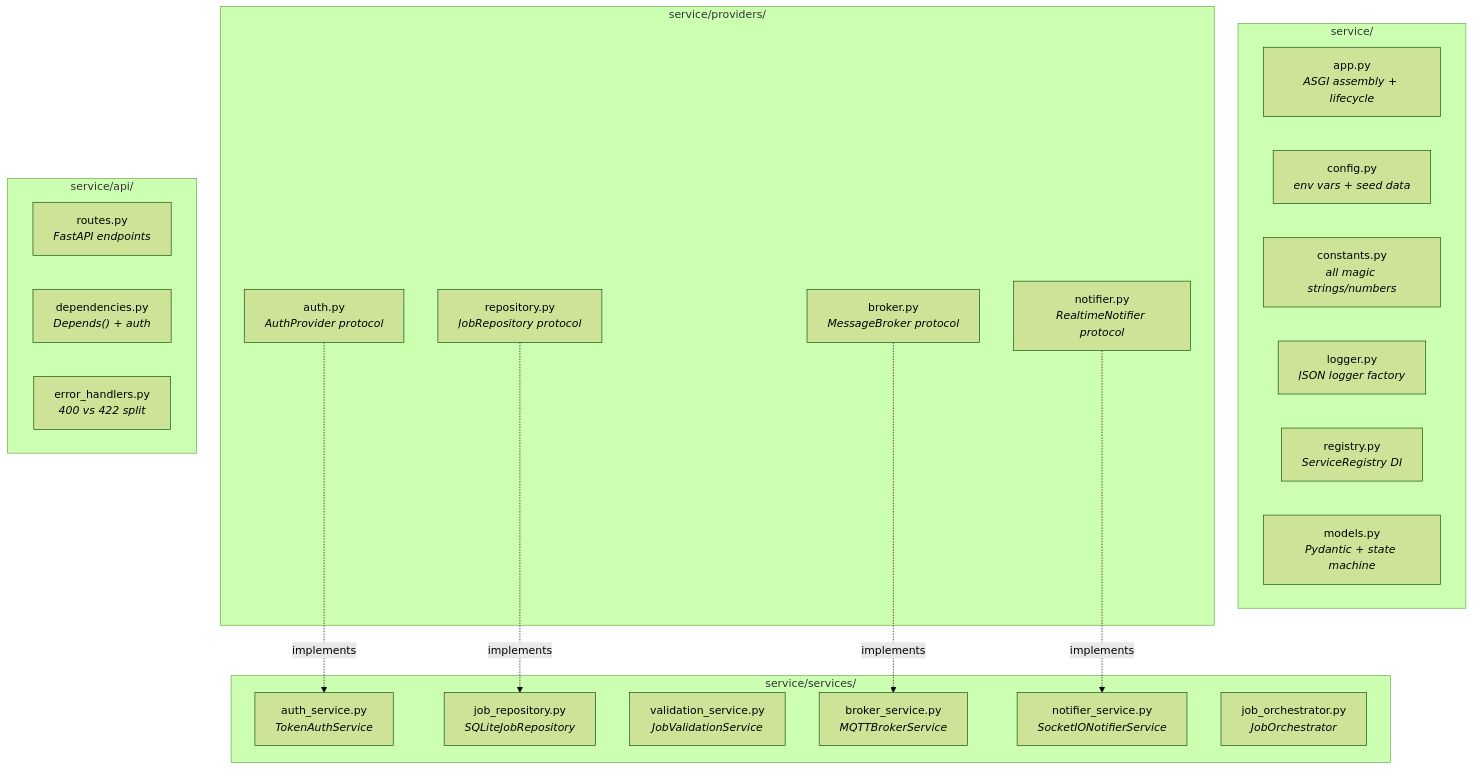
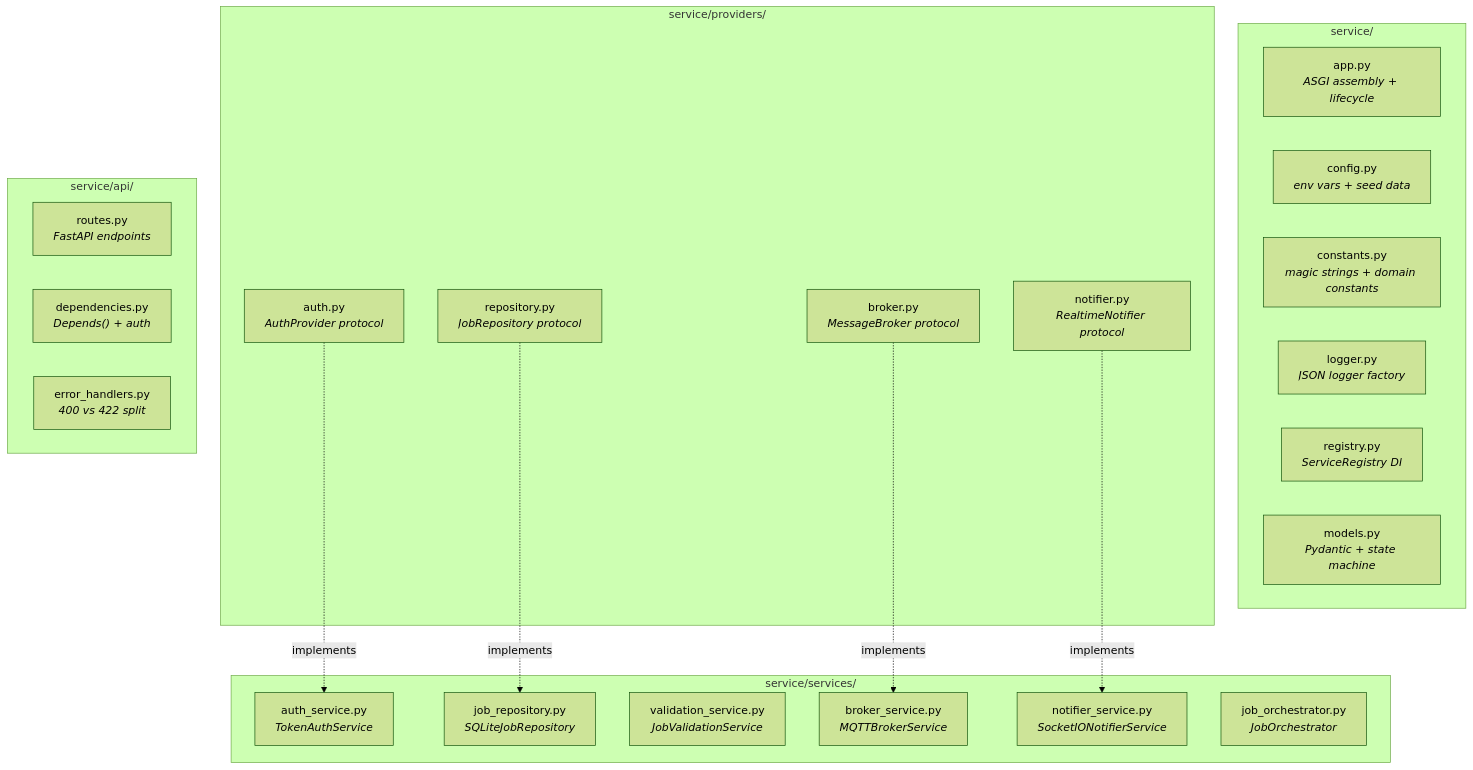
Before and after one commit to humzakt/KAD-Backend-Test-HumzaTareen: the fifth of 5 diagrams in README.md, drawn with Mermaid (forest theme). The commit also changed other lines of this file, not shown here.

````diff
--- a/README.md
+++ b/README.md
@@ -217,38 +219,38 @@
 ```mermaid
 graph TD
     subgraph "service/"
         APP["app.py<br/><i>ASGI assembly + lifecycle</i>"]
         CFG["config.py<br/><i>env vars + seed data</i>"]
-        CONST["constants.py<br/><i>all magic strings/numbers</i>"]
+        CONST["constants.py<br/><i>magic strings + domain constants</i>"]
         LOG["logger.py<br/><i>JSON logger factory</i>"]
         REG2["registry.py<br/><i>ServiceRegistry DI</i>"]
         MOD["models.py<br/><i>Pydantic + state machine</i>"]
     end
 
     subgraph "service/providers/"
         PA["auth.py<br/><i>AuthProvider protocol</i>"]
         PR["repository.py<br/><i>JobRepository protocol</i>"]
         PB["broker.py<br/><i>MessageBroker protocol</i>"]
         PN["notifier.py<br/><i>RealtimeNotifier protocol</i>"]
     end
 
     subgraph "service/services/"
         SA["auth_service.py<br/><i>TokenAuthService</i>"]
         SR["job_repository.py<br/><i>SQLiteJobRepository</i>"]
         SV["validation_service.py<br/><i>JobValidationService</i>"]
         SB["broker_service.py<br/><i>MQTTBrokerService</i>"]
         SN["notifier_service.py<br/><i>SocketIONotifierService</i>"]
         SO["job_orchestrator.py<br/><i>JobOrchestrator</i>"]
     end
 
     subgraph "service/api/"
         AR["routes.py<br/><i>FastAPI endpoints</i>"]
         AD["dependencies.py<br/><i>Depends() + auth</i>"]
         AE["error_handlers.py<br/><i>400 vs 422 split</i>"]
     end
 
     PA -.->|implements| SA
     PR -.->|implements| SR
     PB -.->|implements| SB
     PN -.->|implements| SN
 ```
````
